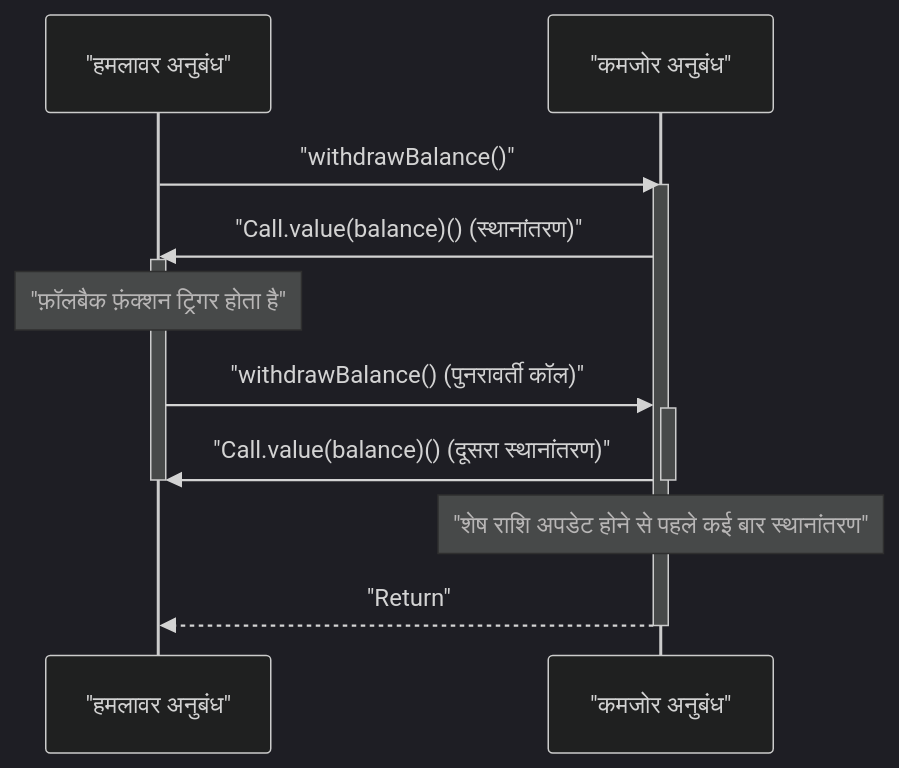
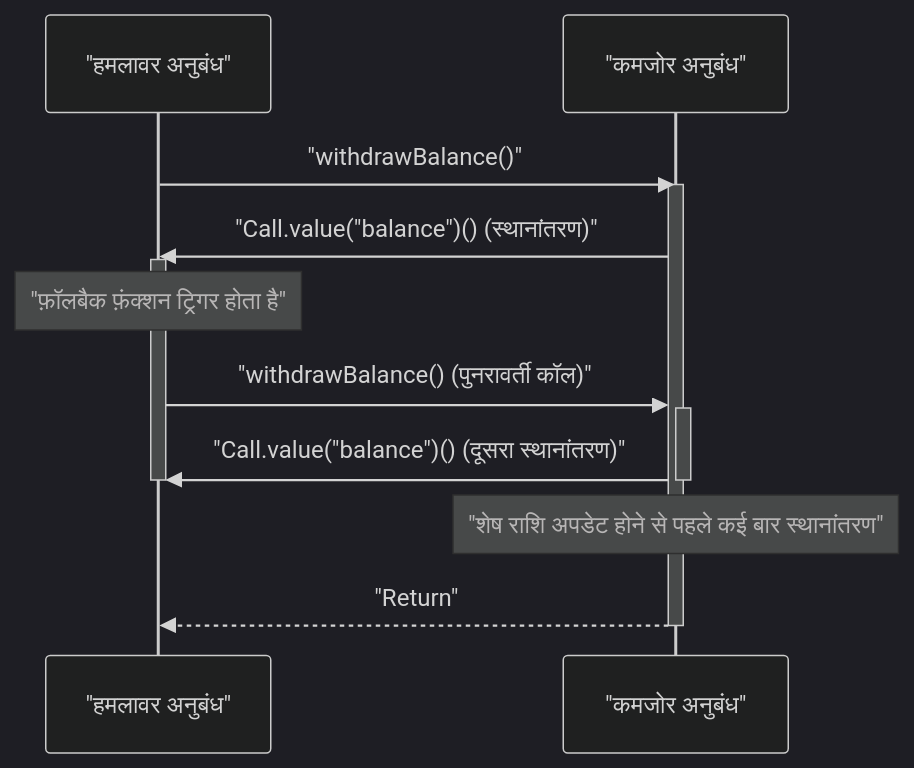
One commit to kenjinote/blog changed the second of 2 diagrams in content/post/blockchain-technology-smart-contract-distributed-ledger/index.hi.md. Above: the diagram before and after it, drawn with Mermaid (dark theme). The commit also changed 929 other files, not shown here.

Commit message:
fix: Add double quotes to all Mermaid node texts to resolve syntax errors

````diff
--- a/content/post/blockchain-technology-smart-contract-distributed-ledger/index.hi.md
+++ b/content/post/blockchain-technology-smart-contract-distributed-ledger/index.hi.md
@@ -185,19 +185,19 @@
 ```mermaid
 sequenceDiagram
     participant A as "हमलावर अनुबंध"
     participant V as "कमजोर अनुबंध"
 
     A->>V: "withdrawBalance()"
     activate V
-    V->>A: "Call.value(balance)() (स्थानांतरण)"
+    V->>A: "Call.value("balance")() (स्थानांतरण)"
     activate A
     Note over A: "फ़ॉलबैक फ़ंक्शन ट्रिगर होता है"
     A->>V: "withdrawBalance() (पुनरावर्ती कॉल)"
     activate V
-    V->>A: "Call.value(balance)() (दूसरा स्थानांतरण)"
+    V->>A: "Call.value("balance")() (दूसरा स्थानांतरण)"
     deactivate V
     deactivate A
     Note over V: "शेष राशि अपडेट होने से पहले कई बार स्थानांतरण"
     V-->>A: "Return"
     deactivate V
 ```
````
